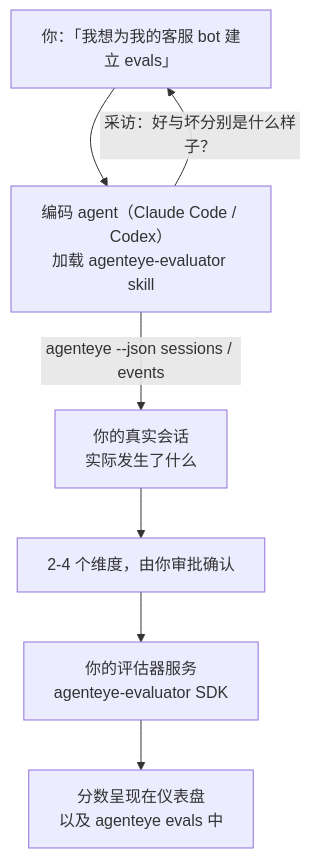
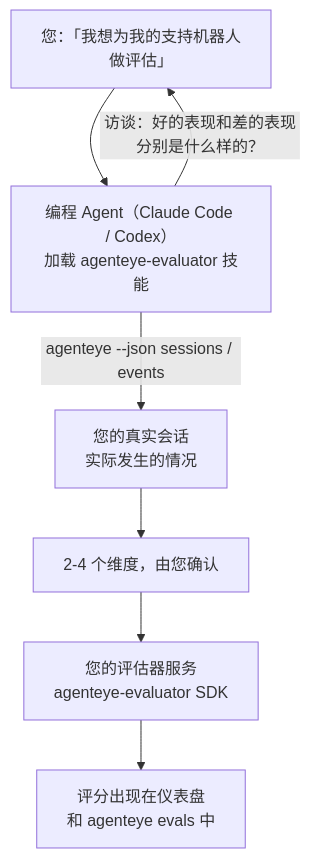
One commit to FailproofAI/failproofai changed the diagram in docs/zh/agenteye/evaluator-skill.mdx. Above: the diagram before and after it, drawn with Mermaid. The commit also changed other lines of this file and 649 other files, not shown here.

````diff
--- a/docs/zh/agenteye/evaluator-skill.mdx
+++ b/docs/zh/agenteye/evaluator-skill.mdx
@@ -21,9 +21,9 @@
 ```mermaid
 flowchart TD
-    YOU["你：「我想为我的客服 bot 建立 evals」"] --> AGENT["编码 agent（Claude Code / Codex）<br/>加载 agenteye-evaluator skill"]
-    AGENT -->|"采访：好与坏分别是什么样子？"| YOU
-    AGENT -->|"agenteye --json sessions / events"| DATA["你的真实会话<br/>实际发生了什么"]
-    DATA --> DIMS["2-4 个维度，由你审批确认"]
-    DIMS --> SVC["你的评估器服务<br/>agenteye-evaluator SDK"]
-    SVC --> SCORES["分数呈现在仪表盘<br/>以及 agenteye evals 中"]
+    YOU["您：「我想为我的支持机器人做评估」"] --> AGENT["编程 Agent（Claude Code / Codex）<br/>加载 agenteye-evaluator 技能"]
+    AGENT -->|"访谈：好的表现和差的表现分别是什么样的？"| YOU
+    AGENT -->|"agenteye --json sessions / events"| DATA["您的真实会话<br/>实际发生的情况"]
+    DATA --> DIMS["2-4 个维度，由您确认"]
+    DIMS --> SVC["您的评估器服务<br/>agenteye-evaluator SDK"]
+    SVC --> SCORES["评分出现在仪表盘<br/>和 agenteye evals 中"]
 ```
````
